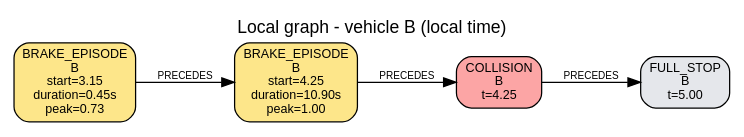
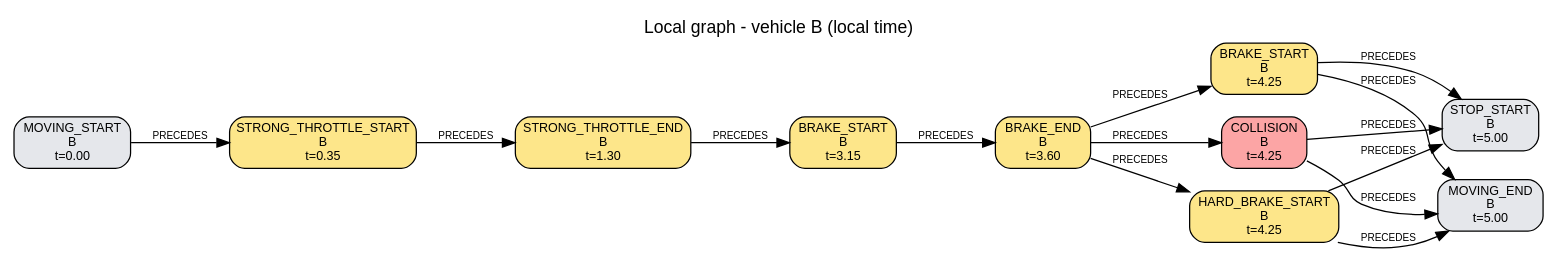
Before and after one commit to AndreaBedei1/causaldrive-forensics: the diagram in traces/S02/run_0_crash/reconstruction/B/local_graph.dot, drawn with Graphviz. The commit also changed 1585 other files, not shown here.

```diff
--- a/traces/S02/run_0_crash/reconstruction/B/local_graph.dot
+++ b/traces/S02/run_0_crash/reconstruction/B/local_graph.dot
@@ -1,12 +1,30 @@
 digraph "local_B" {
   graph [rankdir=LR, labelloc=t, fontname=Helvetica, label="Local graph - vehicle B (local time)"];
   node [shape=box, style="rounded,filled", fontname=Helvetica, fontsize=10];
   edge [fontname=Helvetica, fontsize=8];
-  "B:e01" [label="BRAKE_EPISODE\nB\nstart=3.15\nduration=0.45s\npeak=0.73", fillcolor="#fde68a"];
-  "B:e02" [label="BRAKE_EPISODE\nB\nstart=4.25\nduration=10.90s\npeak=1.00", fillcolor="#fde68a"];
-  "B:e03" [label="COLLISION\nB\nt=4.25", fillcolor="#fca5a5"];
-  "B:e04" [label="FULL_STOP\nB\nt=5.00", fillcolor="#e5e7eb"];
+  "B:e01" [label="MOVING_START\nB\nt=0.00", fillcolor="#e5e7eb"];
+  "B:e02" [label="STRONG_THROTTLE_START\nB\nt=0.35", fillcolor="#fde68a"];
+  "B:e03" [label="STRONG_THROTTLE_END\nB\nt=1.30", fillcolor="#fde68a"];
+  "B:e04" [label="BRAKE_START\nB\nt=3.15", fillcolor="#fde68a"];
+  "B:e05" [label="BRAKE_END\nB\nt=3.60", fillcolor="#fde68a"];
+  "B:e06" [label="COLLISION\nB\nt=4.25", fillcolor="#fca5a5"];
+  "B:e07" [label="BRAKE_START\nB\nt=4.25", fillcolor="#fde68a"];
+  "B:e08" [label="HARD_BRAKE_START\nB\nt=4.25", fillcolor="#fde68a"];
+  "B:e09" [label="MOVING_END\nB\nt=5.00", fillcolor="#e5e7eb"];
+  "B:e10" [label="STOP_START\nB\nt=5.00", fillcolor="#e5e7eb"];
+  {rank=same; "B:e06"; "B:e07"; "B:e08";}
+  {rank=same; "B:e09"; "B:e10";}
   "B:e01" -> "B:e02" [label="PRECEDES"];
   "B:e02" -> "B:e03" [label="PRECEDES"];
   "B:e03" -> "B:e04" [label="PRECEDES"];
+  "B:e04" -> "B:e05" [label="PRECEDES"];
+  "B:e05" -> "B:e06" [label="PRECEDES"];
+  "B:e05" -> "B:e07" [label="PRECEDES"];
+  "B:e05" -> "B:e08" [label="PRECEDES"];
+  "B:e06" -> "B:e09" [label="PRECEDES"];
+  "B:e06" -> "B:e10" [label="PRECEDES"];
+  "B:e07" -> "B:e09" [label="PRECEDES"];
+  "B:e07" -> "B:e10" [label="PRECEDES"];
+  "B:e08" -> "B:e09" [label="PRECEDES"];
+  "B:e08" -> "B:e10" [label="PRECEDES"];
 }
```
